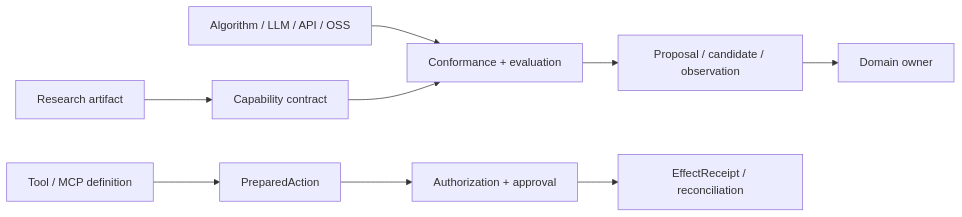
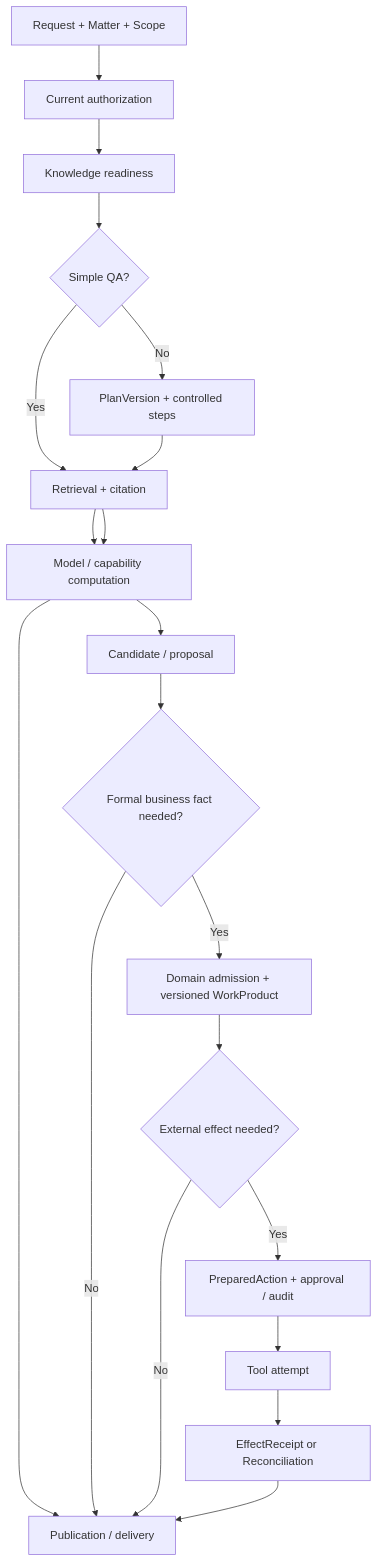
The third of 6 diagrams in docs/architecture/architecture-views.md (ProfessorZhi/Zuno), drawn with Mermaid before and after one commit. The commit also changed other lines of this file and 10 other files, not shown here.

First line of the commit message:
docs: rewrite overall architecture as conceptual target design

````diff
--- a/docs/architecture/architecture-views.md
+++ b/docs/architecture/architecture-views.md
@@ -75,10 +93,26 @@
 ```mermaid
-flowchart LR
-  RESEARCH[Research artifact] --> CAPABILITY[Capability contract]
-  PROVIDER[Algorithm / LLM / API / OSS] --> CONFORM[Conformance + evaluation]
-  CAPABILITY --> CONFORM --> PROPOSAL[Proposal / candidate / observation]
-  PROPOSAL --> DOMAIN[Domain owner]
-  TOOLDEF[Tool / MCP definition] --> ACTION[PreparedAction]
-  ACTION --> GATE[Authorization + approval]
-  GATE --> EFFECT[EffectReceipt / reconciliation]
+flowchart TB
+  START[Request + Matter + Scope]
+  AUTH[Current authorization]
+  READY[Knowledge readiness]
+  SIMPLE{Simple QA?}
+  RETRIEVE[Retrieval + citation]
+  MODEL[Model / capability computation]
+  PLAN[PlanVersion + controlled steps]
+  PROPOSAL[Candidate / proposal]
+  ADMIT{Formal business fact needed?}
+  DOMAIN[Domain admission + versioned WorkProduct]
+  EFFECT{External effect needed?}
+  PREP[PreparedAction + approval / audit]
+  EXEC[Tool attempt]
+  CONFIRM[EffectReceipt or Reconciliation]
+  PUBLISH[Publication / delivery]
+
+  START --> AUTH --> READY --> SIMPLE
+  SIMPLE -->|Yes| RETRIEVE --> MODEL --> PUBLISH
+  SIMPLE -->|No| PLAN --> RETRIEVE --> MODEL --> PROPOSAL --> ADMIT
+  ADMIT -->|No| PUBLISH
+  ADMIT -->|Yes| DOMAIN --> EFFECT
+  EFFECT -->|No| PUBLISH
+  EFFECT -->|Yes| PREP --> EXEC --> CONFIRM --> PUBLISH
 ```
````
